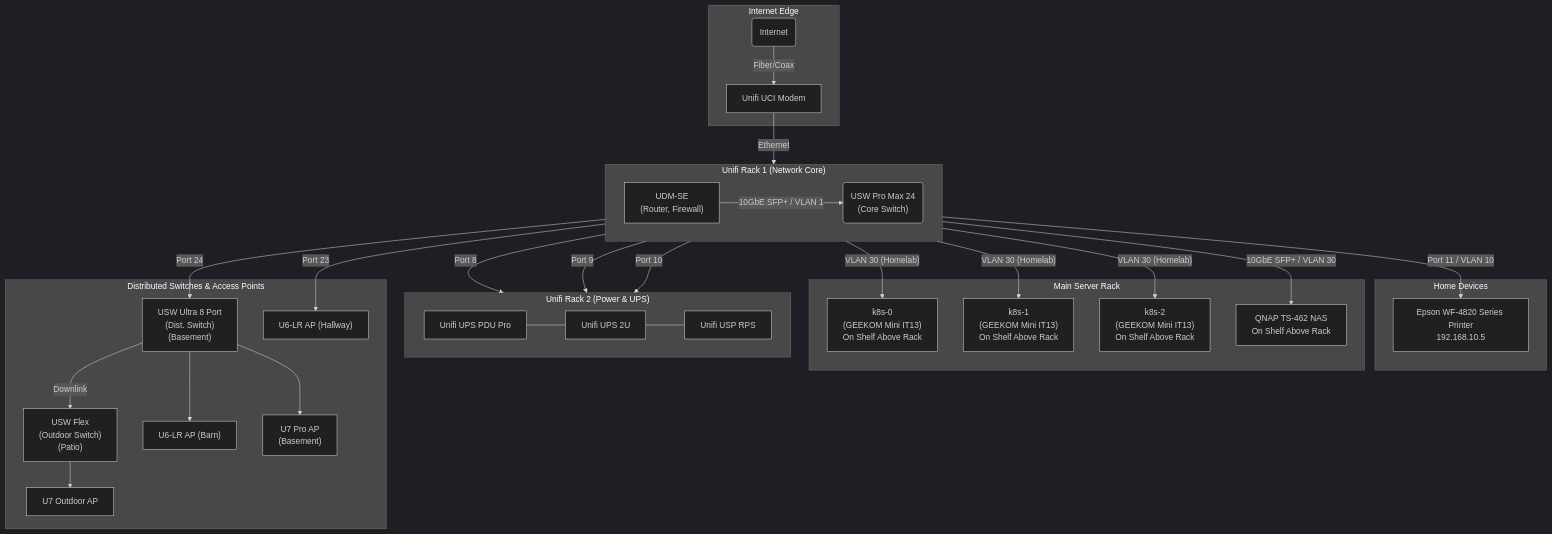
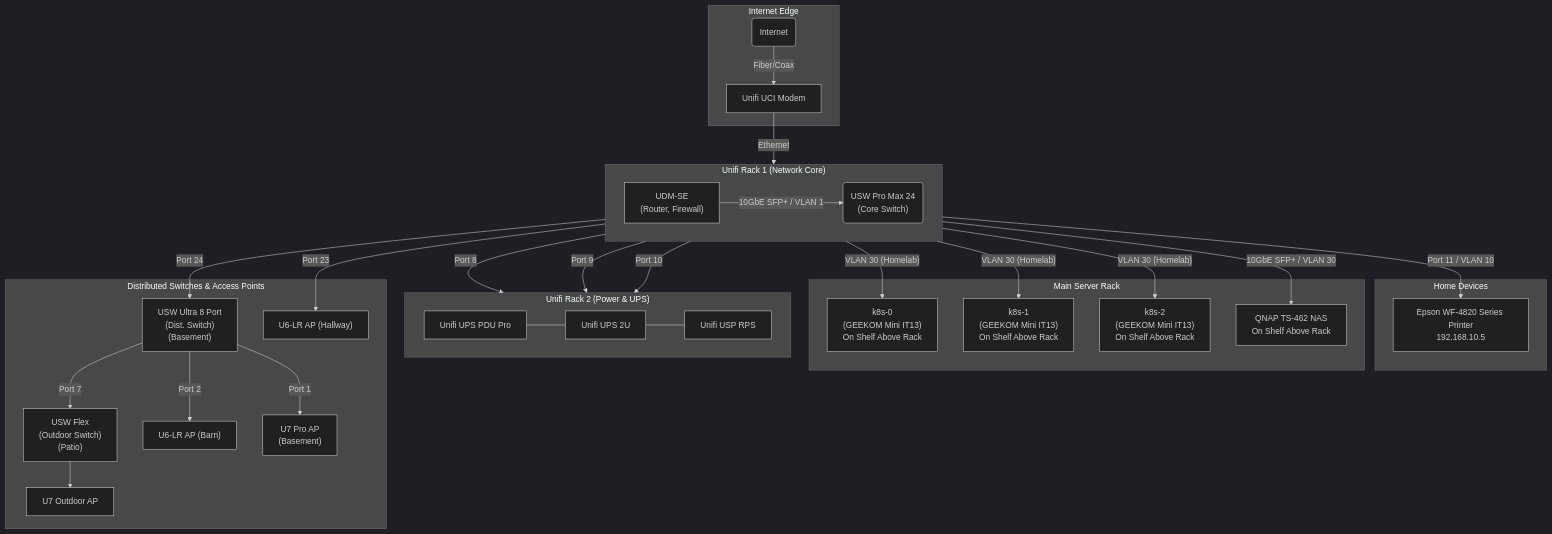
One commit to dmfrey/home-gitops changed the diagram in infrastructure.md. Above: the diagram before and after it, drawn with Mermaid (dark theme).

Commit message:
update infrastructure

````diff
--- a/infrastructure.md
+++ b/infrastructure.md
@@ -85,8 +85,8 @@
 
     %% --- Distributed Network ---
     USWPM24 -- "Port 24" --> USWUltra8
-    USWUltra8 -- "Downlink" --> USWFlex
-    USWUltra8 --> U7Pro
-            USWUltra8 --> U6LR_Barn["U6-LR AP (Barn)"]
+    USWUltra8 -- "Port 7" --> USWFlex
+    USWUltra8 -- "Port 1" --> U7Pro
+            USWUltra8 -- "Port 2" --> U6LR_Barn["U6-LR AP (Barn)"]
     USWFlex --> U7Outdoor["U7 Outdoor AP"]
 ```
````
